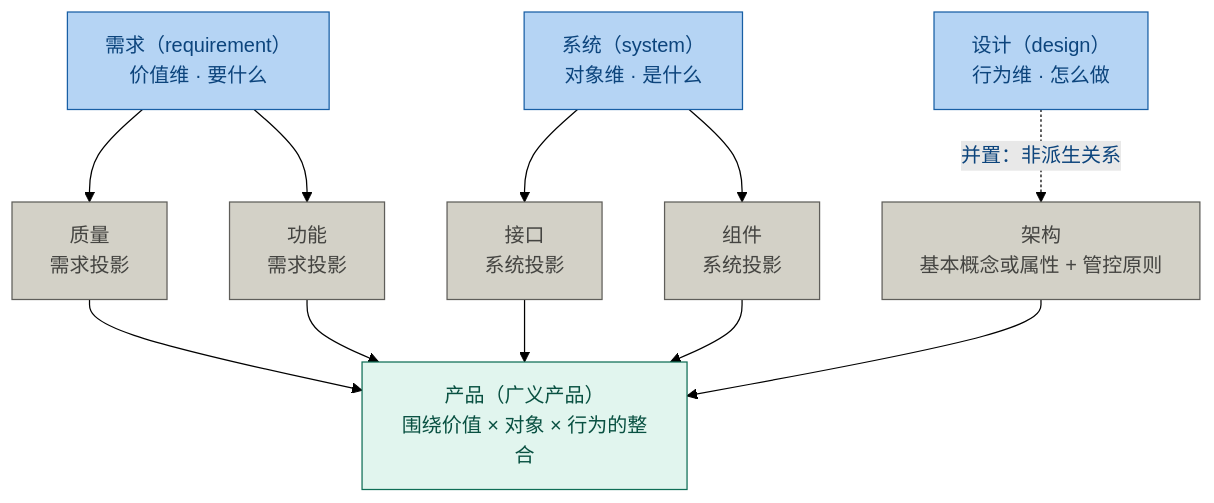
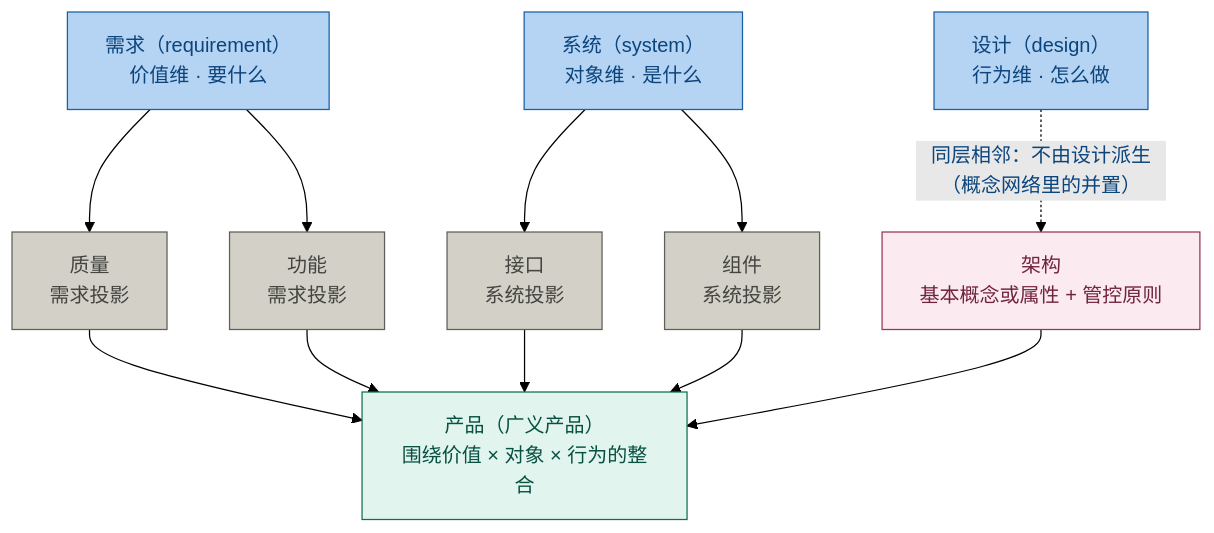
One commit to Yongjunzhou/AOS-system-design changed diagram 14 of 16 in 100-subprojects/01-系统工程研究/00-系统工程相关研究报告/00-概念学习方法论研究报告-从压缩学习到知识掌握.md. Above: the diagram before and after it, drawn with Mermaid (forest theme). The commit also changed other lines of this file and 45 other files, not shown here.

````diff
--- a/100-subprojects/01-系统工程研究/00-系统工程相关研究报告/00-概念学习方法论研究报告-从压缩学习到知识掌握.md
+++ b/100-subprojects/01-系统工程研究/00-系统工程相关研究报告/00-概念学习方法论研究报告-从压缩学习到知识掌握.md
@@ -650,22 +651,24 @@
 ```mermaid
 flowchart TD
     R["需求（requirement）<br/>价值维 · 要什么"]
     S["系统（system）<br/>对象维 · 是什么"]
     D["设计（design）<br/>行为维 · 怎么做"]
     R --> Q["质量<br/>需求投影"]
     R --> FN["功能<br/>需求投影"]
     S --> IF["接口<br/>系统投影"]
     S --> CP["组件<br/>系统投影"]
-    D -.->|"并置：非派生关系"| AR["架构<br/>基本概念或属性 + 管控原则"]
+    D -.->|"同层相邻：不由设计派生（概念网络里的并置）"| AR["架构<br/>基本概念或属性 + 管控原则"]
     Q --> PR["产品（广义产品）<br/>围绕价值 × 对象 × 行为的整合"]
     FN --> PR
     IF --> PR
     CP --> PR
     AR --> PR
     classDef root fill:#B5D4F4,stroke:#185FA5,color:#0C447C
     classDef proj fill:#D3D1C7,stroke:#5F5E5A,color:#444441
+    classDef arch fill:#FBEAF0,stroke:#993556,color:#72243E
     classDef comp fill:#E1F5EE,stroke:#0F6E56,color:#085041
     class R,S,D root
-    class Q,FN,IF,CP,AR proj
+    class Q,FN,IF,CP proj
+    class AR arch
     class PR comp
 ```
````
